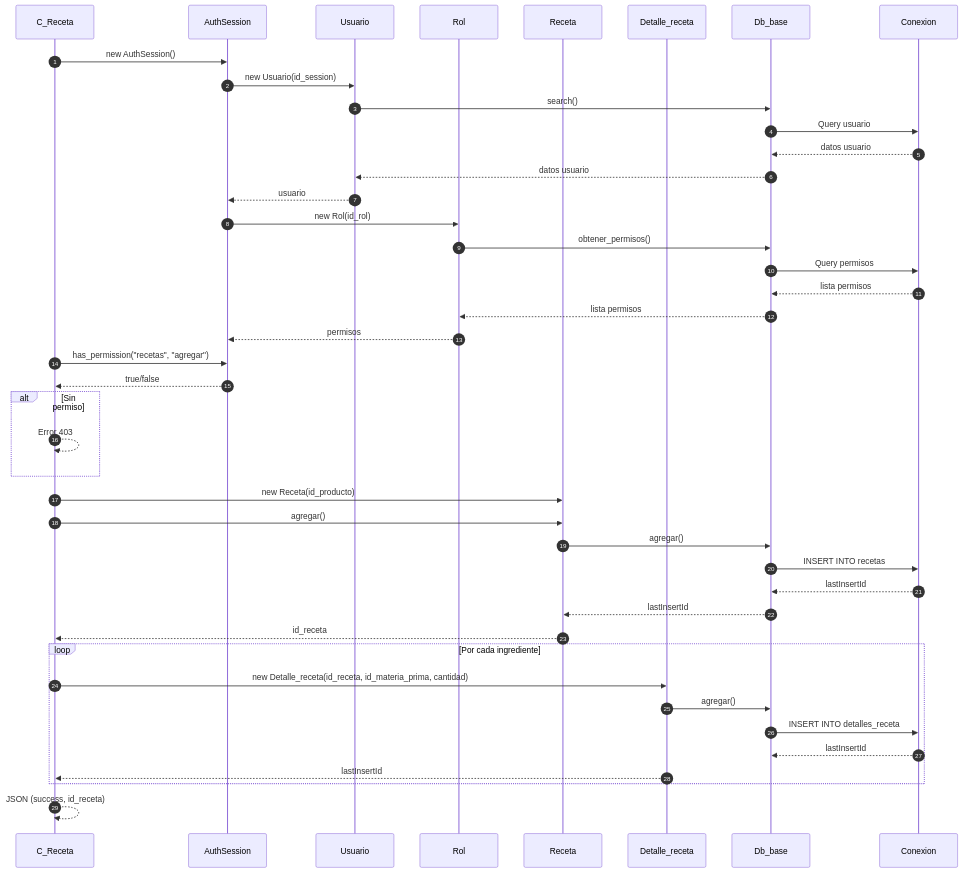
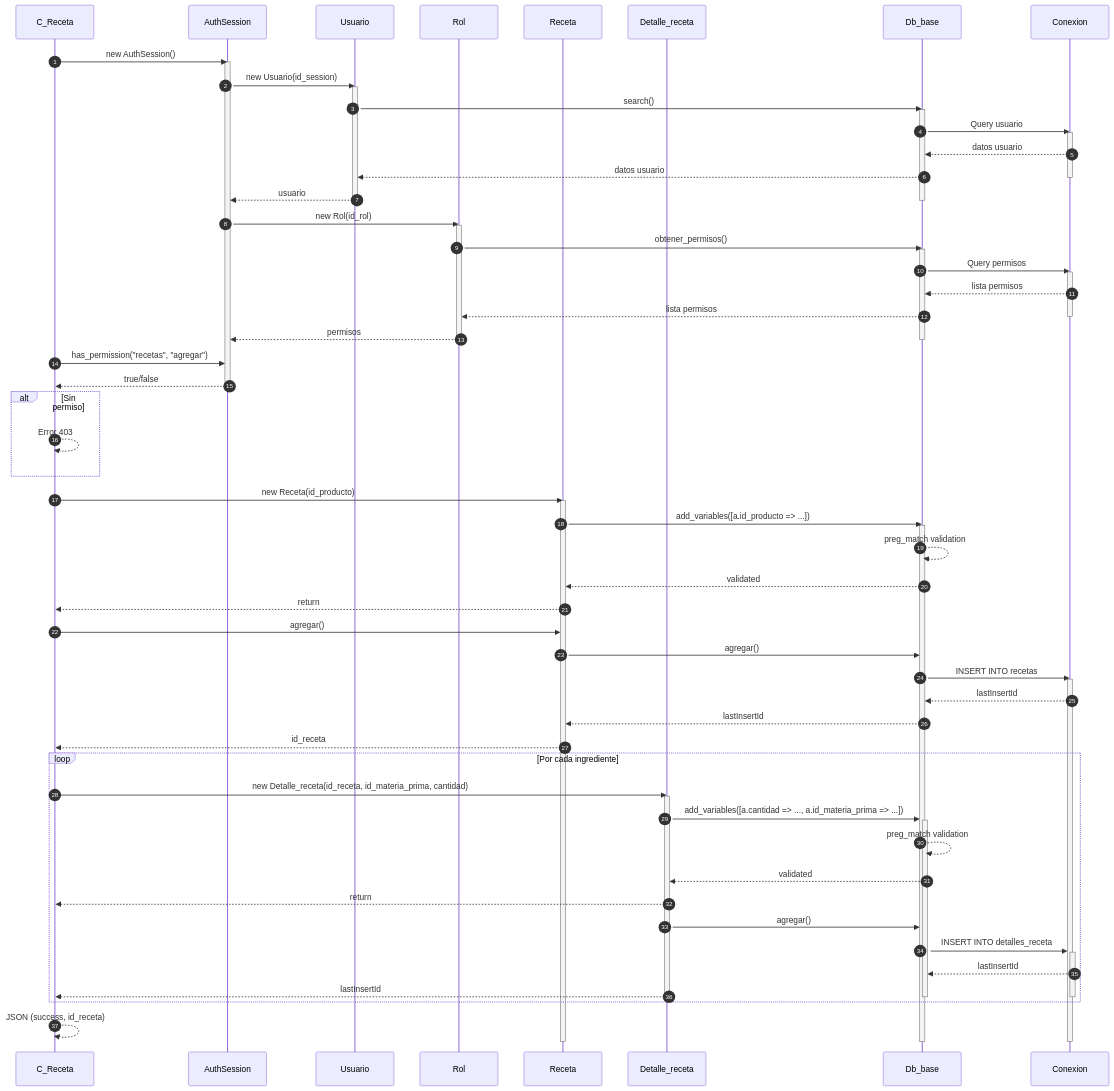
Before and after one commit to Tecrato/BurgerHouse: the first of 5 diagrams in docs/secuencia/recetas/recetas.md, drawn with Mermaid. The commit also changed other lines of this file and 16 other files, not shown here.

First line of the commit message:
Annotate mermaid sequences & throttle generator

````diff
--- a/docs/secuencia/recetas/recetas.md
+++ b/docs/secuencia/recetas/recetas.md
@@ -15,42 +15,76 @@
     participant Conexion as Conexion
     
     C_Receta->>AuthSession: new AuthSession()
+    activate AuthSession
     AuthSession->>Usuario: new Usuario(id_session)
+    activate Usuario
     Usuario->>Db_base: search()
+    activate Db_base
     Db_base->>Conexion: Query usuario
+    activate Conexion
     Conexion-->>Db_base: datos usuario
     Db_base-->>Usuario: datos usuario
+    deactivate Conexion
     Usuario-->>AuthSession: usuario
+    deactivate Usuario
+    deactivate Db_base
     
     AuthSession->>Rol: new Rol(id_rol)
+    activate Rol
     Rol->>Db_base: obtener_permisos()
+    activate Db_base
     Db_base->>Conexion: Query permisos
+    activate Conexion
     Conexion-->>Db_base: lista permisos
     Db_base-->>Rol: lista permisos
+    deactivate Conexion
     Rol-->>AuthSession: permisos
+    deactivate Rol
+    deactivate Db_base
     
     C_Receta->>AuthSession: has_permission("recetas", "agregar")
     AuthSession-->>C_Receta: true/false
+    deactivate AuthSession
     
     alt Sin permiso
         C_Receta-->>C_Receta: Error 403
     end
     
     C_Receta->>Receta: new Receta(id_producto)
+    activate Receta
+    Receta->>Db_base: add_variables([a.id_producto => ...])
+    activate Db_base
+    Db_base-->>Db_base: preg_match validation
+    Db_base-->>Receta: validated
+    Receta-->>C_Receta: return
     C_Receta->>Receta: agregar()
     Receta->>Db_base: agregar()
     Db_base->>Conexion: INSERT INTO recetas
+    activate Conexion
     Conexion-->>Db_base: lastInsertId
     Db_base-->>Receta: lastInsertId
     Receta-->>C_Receta: id_receta
     
     loop Por cada ingrediente
         C_Receta->>Detalle_receta: new Detalle_receta(id_receta, id_materia_prima, cantidad)
+        activate Detalle_receta
+        Detalle_receta->>Db_base: add_variables([a.cantidad => ..., a.id_materia_prima => ...])
+        activate Db_base
+        Db_base-->>Db_base: preg_match validation
+        Db_base-->>Detalle_receta: validated
+        Detalle_receta-->>C_Receta: return
         Detalle_receta->>Db_base: agregar()
         Db_base->>Conexion: INSERT INTO detalles_receta
+        activate Conexion
         Conexion-->>Db_base: lastInsertId
         Detalle_receta-->>C_Receta: lastInsertId
+        deactivate Detalle_receta
+        deactivate Conexion
+        deactivate Db_base
     end
     
     C_Receta-->>C_Receta: JSON (success, id_receta)
+    deactivate Receta
+    deactivate Conexion
+    deactivate Db_base
 ```
````
